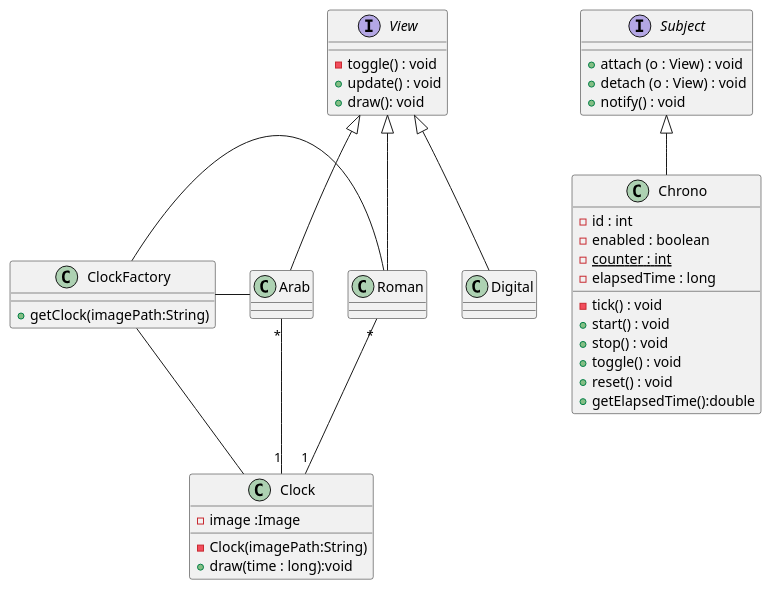
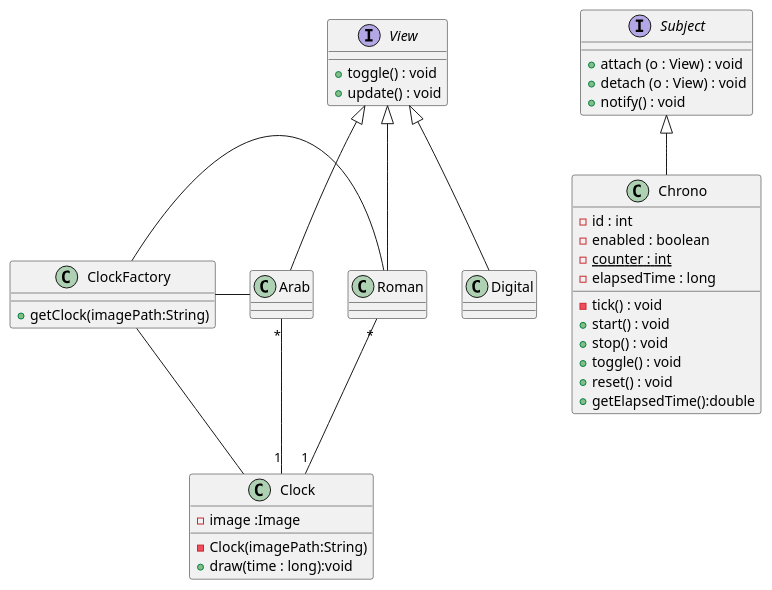
The diagram in diagram.puml (MauroWasTaken/MCR-Lab2), drawn with PlantUML before and after one commit. The commit also changed 5 other files, not shown here.

```diff
--- a/diagram.puml
+++ b/diagram.puml
@@ -1,45 +1,44 @@
 @startuml
 interface Subject{
 + attach (o : View) : void
 + detach (o : View) : void
 + notify() : void
 }
 class Chrono extends Subject{
 - id : int
 - enabled : boolean
 - {static} counter : int
 - elapsedTime : long
 - tick() : void
 + start() : void
 + stop() : void
 + toggle() : void
 + reset() : void
 + getElapsedTime():double
 }
 interface View {
-- toggle() : void
++ toggle() : void
 + update() : void
-+ draw(): void
 }
 class Roman extends View{
 }
 class Arab extends View{
 }
 class Digital extends View{
 }
 class Clock {
 - image :Image
 - Clock(imagePath:String)
 + draw(time : long):void
 }
 class ClockFactory {
 + getClock(imagePath:String)
 }
 
 Roman"*" -- "1"Clock
 Arab"*" -- "1"Clock
 ClockFactory -- Clock
 ClockFactory -right- Roman
 ClockFactory -right- Arab
 
 @enduml
```
